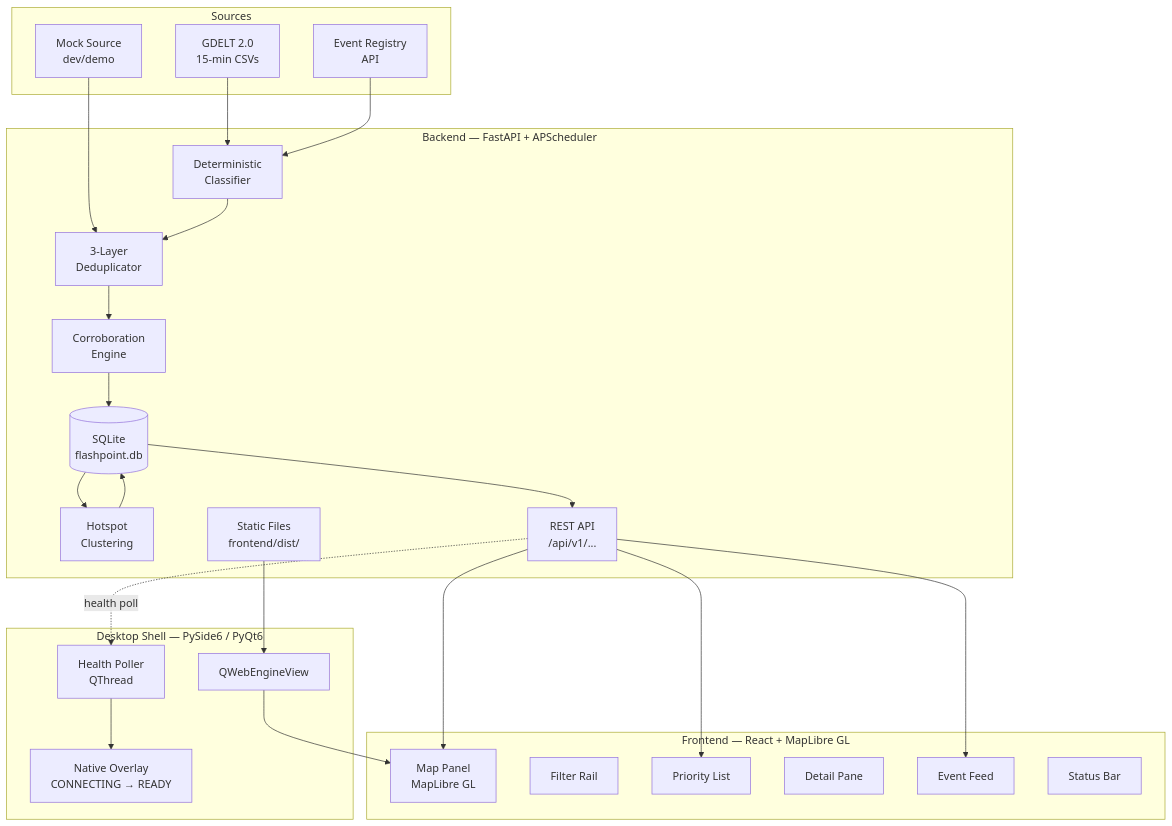
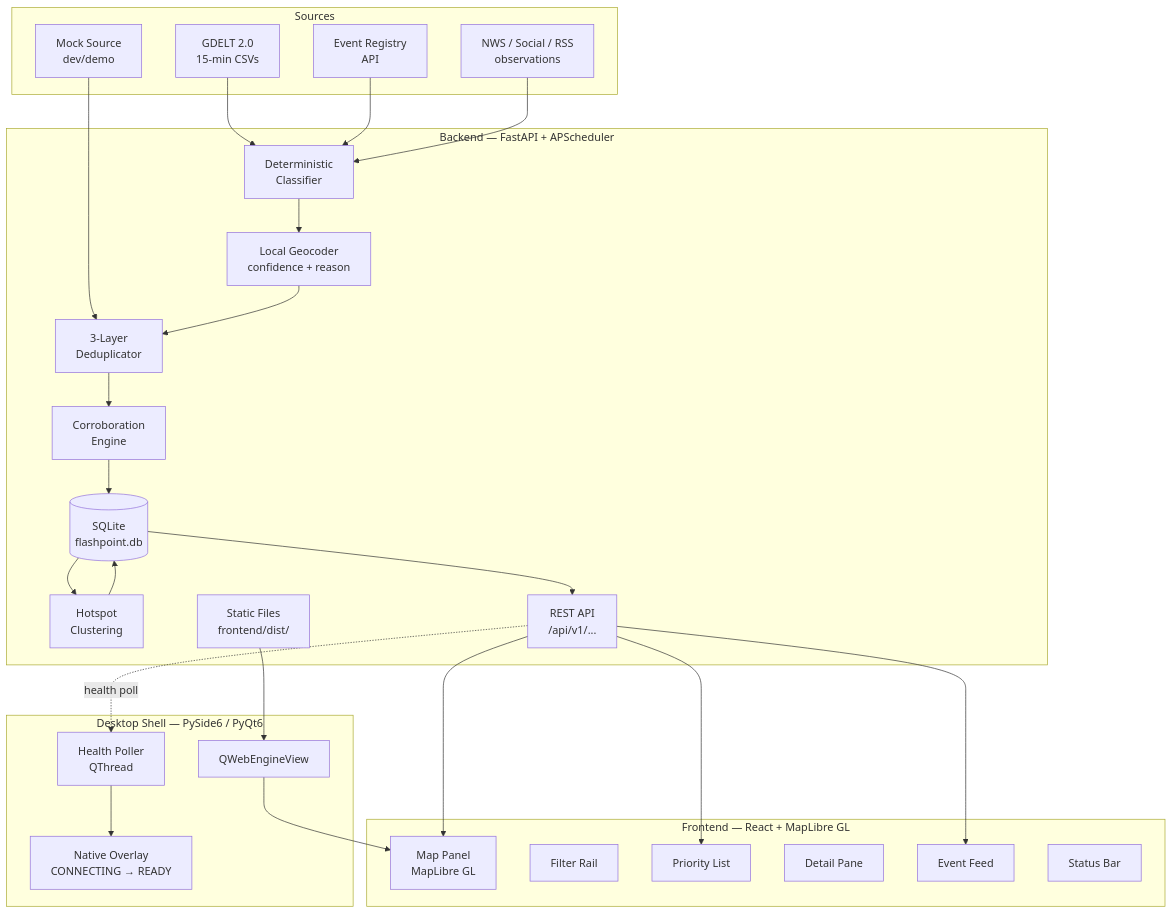
One commit to pattyhomes/Flashpoint changed the first of 2 diagrams in README.md. Above: the diagram before and after it, drawn with Mermaid. The commit also changed other lines of this file and 24 other files, not shown here.

````diff
--- a/README.md
+++ b/README.md
@@ -54,50 +55,54 @@
 ```mermaid
 graph TD
     subgraph Sources
         G[GDELT 2.0<br/>15-min CSVs]
         ER[Event Registry<br/>API]
+        OBS[NWS / Social / RSS<br/>observations]
         M[Mock Source<br/>dev/demo]
     end
 
     subgraph "Backend — FastAPI + APScheduler"
         CL[Deterministic<br/>Classifier]
+        GEO[Local Geocoder<br/>confidence + reason]
         DD[3-Layer<br/>Deduplicator]
         CB[Corroboration<br/>Engine]
         DB[(SQLite<br/>flashpoint.db)]
         HS[Hotspot<br/>Clustering]
         API[REST API<br/>/api/v1/...]
         SF[Static Files<br/>frontend/dist/]
     end
 
     subgraph "Frontend — React + MapLibre GL"
         MAP[Map Panel<br/>MapLibre GL]
         FIL[Filter Rail]
         PRI[Priority List]
         DET[Detail Pane]
         FEED[Event Feed]
         SB[Status Bar]
     end
 
     subgraph "Desktop Shell — PySide6 / PyQt6"
         QW[QWebEngineView]
         HP[Health Poller<br/>QThread]
         OV[Native Overlay<br/>CONNECTING → READY]
     end
 
     G --> CL
     ER --> CL
+    OBS --> CL
+    CL --> GEO
     M --> DD
-    CL --> DD
+    GEO --> DD
     DD --> CB
     CB --> DB
     DB --> HS
     HS --> DB
     DB --> API
     API --> MAP
     API --> PRI
     API --> FEED
     SF --> QW
     QW --> MAP
     HP --> OV
     API -.->|health poll| HP
 ```
````
